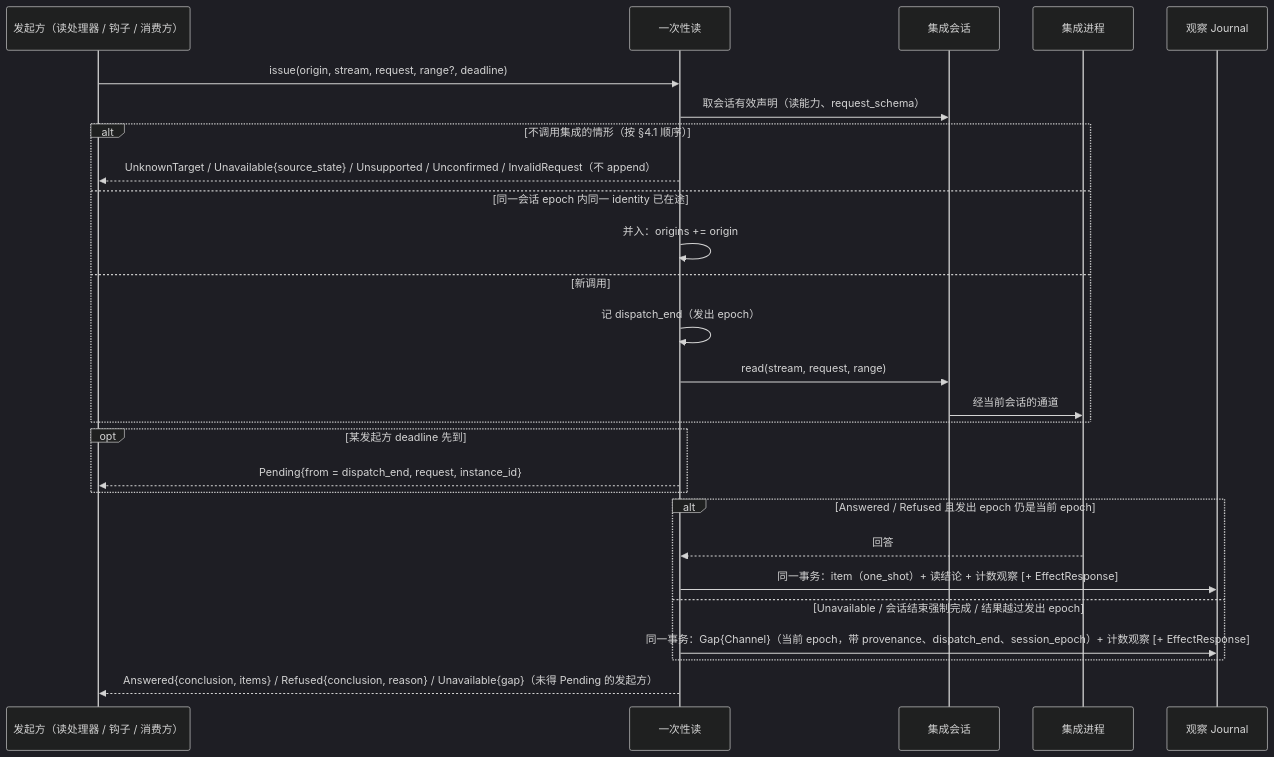
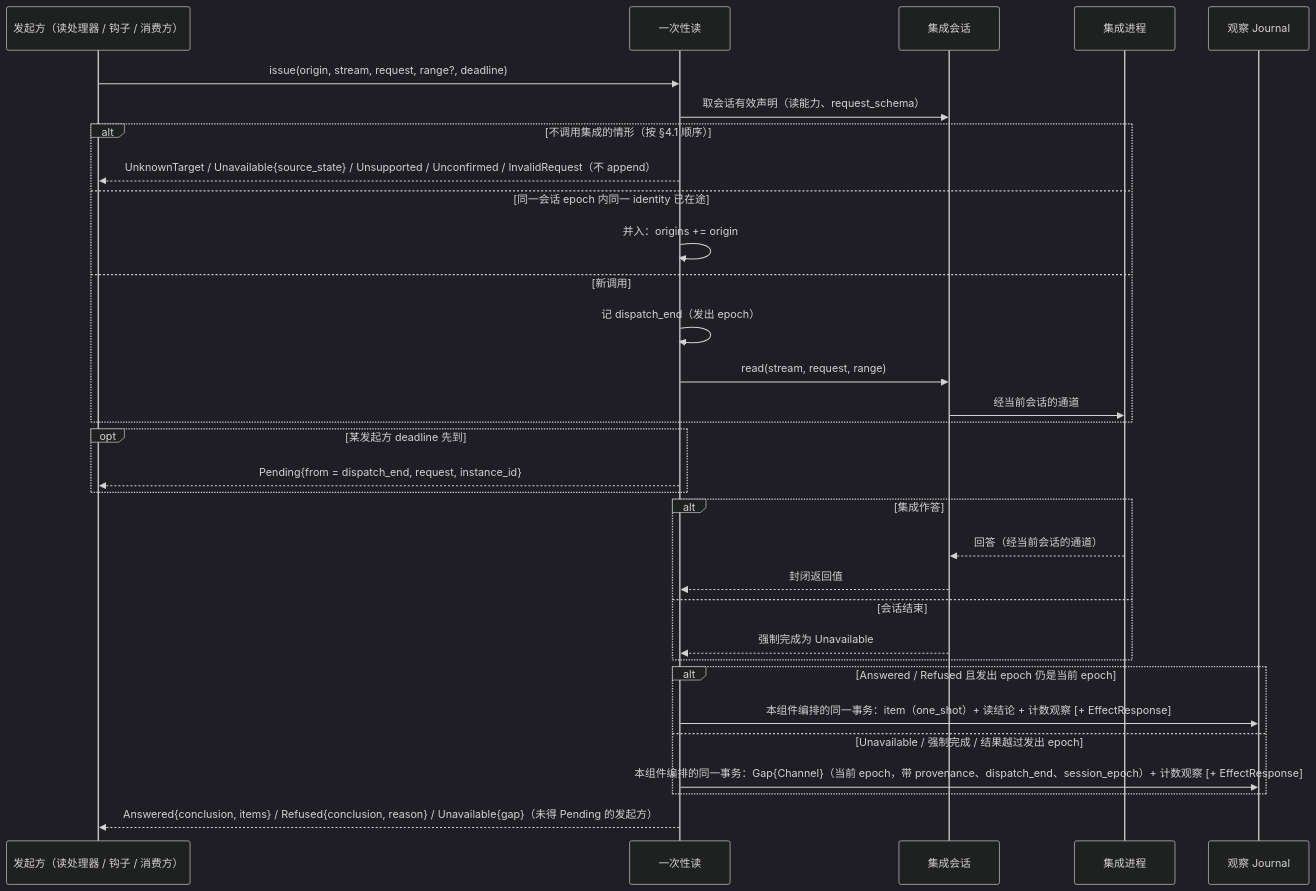
The diagram in design/core/core-process/one-shot-read.md (mouriya-s-lab/uta), drawn with Mermaid (dark theme) before and after one commit. The commit also changed 19 other files, not shown here.

````diff
--- a/design/core/core-process/one-shot-read.md
+++ b/design/core/core-process/one-shot-read.md
@@ -201,29 +201,34 @@
 ```mermaid
 sequenceDiagram
   participant O as 发起方（读处理器 / 钩子 / 消费方）
   participant R as 一次性读
   participant S as 集成会话
   participant I as 集成进程
   participant J as 观察 Journal
   O->>R: issue(origin, stream, request, range?, deadline)
   R->>S: 取会话有效声明（读能力、request_schema）
   alt 不调用集成的情形（按 §4.1 顺序）
     R-->>O: UnknownTarget / Unavailable{source_state} / Unsupported / Unconfirmed / InvalidRequest（不 append）
   else 同一会话 epoch 内同一 identity 已在途
     R->>R: 并入：origins += origin
   else 新调用
     R->>R: 记 dispatch_end（发出 epoch）
     R->>S: read(stream, request, range)
     S->>I: 经当前会话的通道
   end
   opt 某发起方 deadline 先到
     R-->>O: Pending{from = dispatch_end, request, instance_id}
   end
+  alt 集成作答
+    I-->>S: 回答（经当前会话的通道）
+    S-->>R: 封闭返回值
+  else 会话结束
+    S-->>R: 强制完成为 Unavailable
+  end
   alt Answered / Refused 且发出 epoch 仍是当前 epoch
-    I-->>R: 回答
-    R->>J: 同一事务：item（one_shot）+ 读结论 + 计数观察 [+ EffectResponse]
-  else Unavailable / 会话结束强制完成 / 结果越过发出 epoch
-    R->>J: 同一事务：Gap{Channel}（当前 epoch，带 provenance、dispatch_end、session_epoch）+ 计数观察 [+ EffectResponse]
+    R->>J: 本组件编排的同一事务：item（one_shot）+ 读结论 + 计数观察 [+ EffectResponse]
+  else Unavailable / 强制完成 / 结果越过发出 epoch
+    R->>J: 本组件编排的同一事务：Gap{Channel}（当前 epoch，带 provenance、dispatch_end、session_epoch）+ 计数观察 [+ EffectResponse]
   end
   R-->>O: Answered{conclusion, items} / Refused{conclusion, reason} / Unavailable{gap}（未得 Pending 的发起方）
 ```
````
